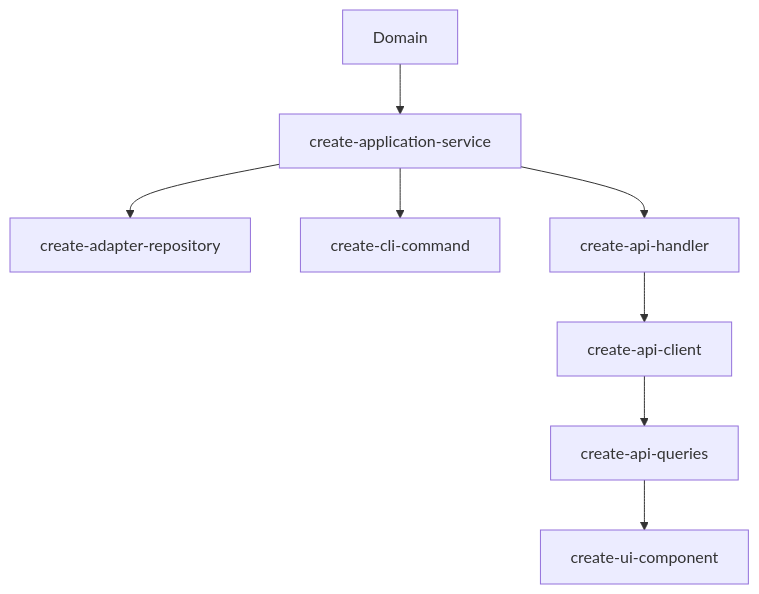
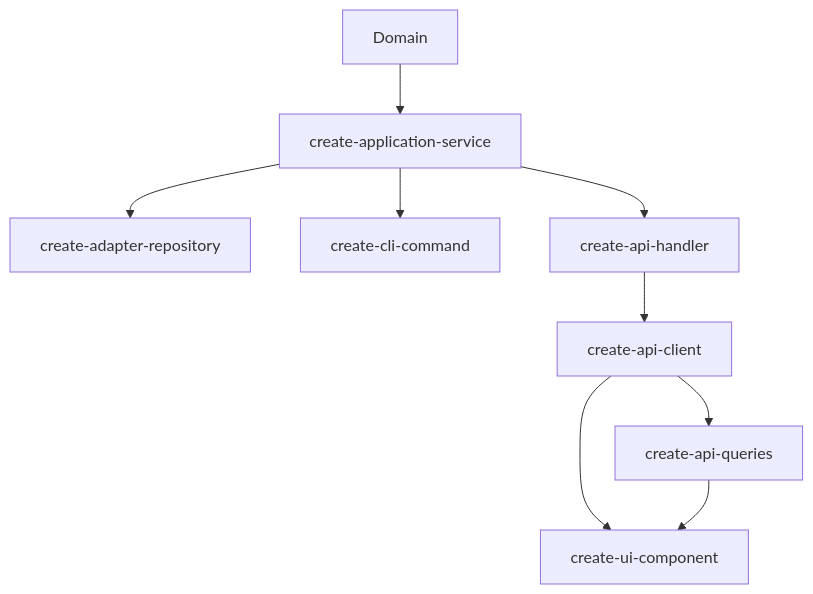
Before and after one commit to bkotos/listello: the first of 7 diagrams in docs/ai-tooling.md, drawn with Mermaid. The commit also changed other lines of this file and 7 other files, not shown here.

````diff
--- a/docs/ai-tooling.md
+++ b/docs/ai-tooling.md
@@ -52,19 +52,20 @@
 ```mermaid
 flowchart TD
     domain[Domain]
     app[create-application-service]
     adapter[create-adapter-repository]
     cli[create-cli-command]
     handler[create-api-handler]
     client[create-api-client]
     queries[create-api-queries]
     ui[create-ui-component]
 
     domain --> app
     app --> adapter
     app --> cli
     app --> handler
     handler --> client
     client --> queries
+    client --> ui
     queries --> ui
 ```
````
